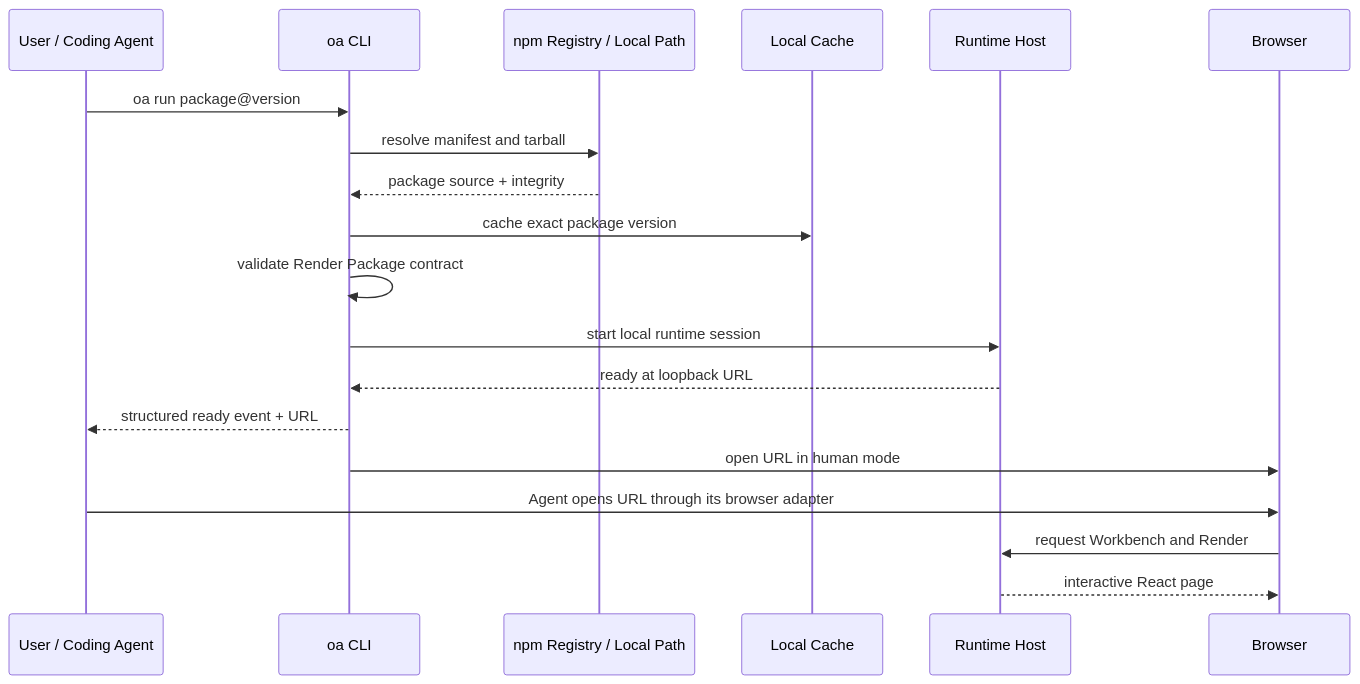
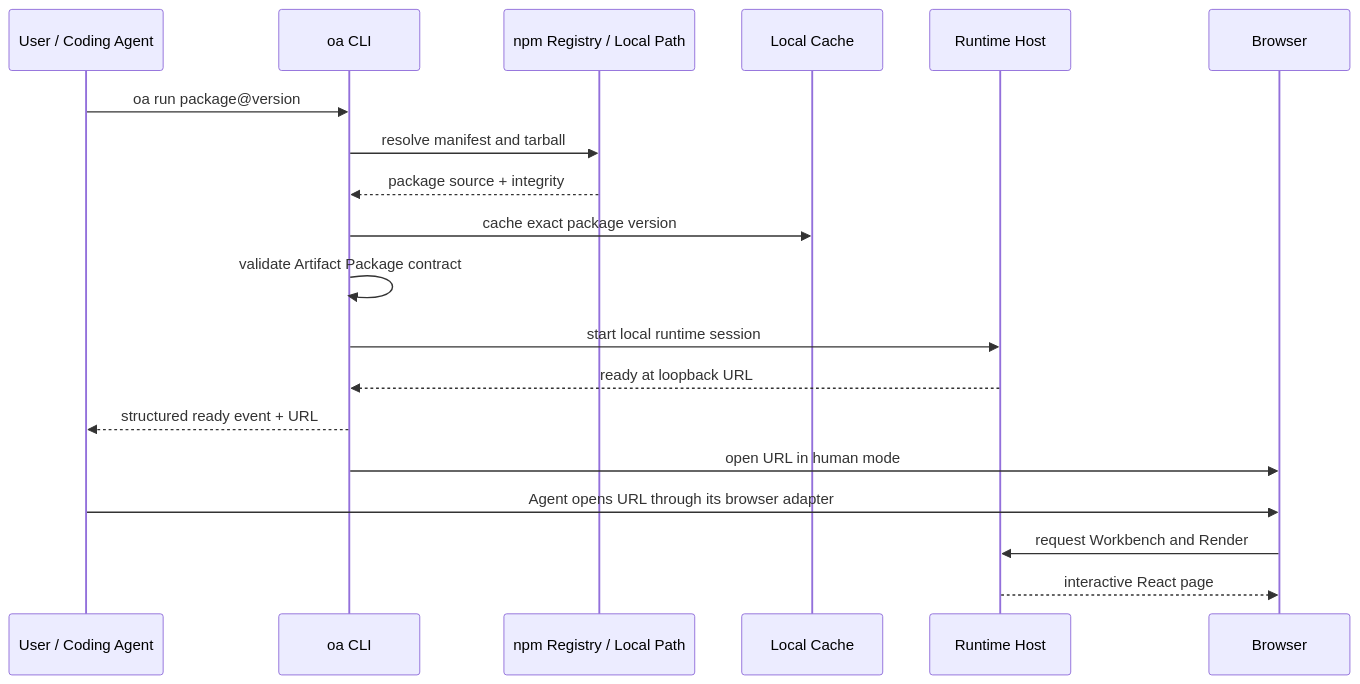
The first of 2 diagrams in docs/product.md (MivoAI/open-artifacts), drawn with Mermaid before and after one commit. The commit also changed other lines of this file and 43 other files, not shown here.

Commit message:
refactor: adopt Artifact Package vocabulary (#2)

````diff
--- a/docs/product.md
+++ b/docs/product.md
@@ -47,22 +47,22 @@
 ```mermaid
 sequenceDiagram
     participant A as User / Coding Agent
     participant CLI as oa CLI
     participant R as npm Registry / Local Path
     participant C as Local Cache
     participant H as Runtime Host
     participant B as Browser
 
     A->>CLI: oa run package@version
     CLI->>R: resolve manifest and tarball
     R-->>CLI: package source + integrity
     CLI->>C: cache exact package version
-    CLI->>CLI: validate Render Package contract
+    CLI->>CLI: validate Artifact Package contract
     CLI->>H: start local runtime session
     H-->>CLI: ready at loopback URL
     CLI-->>A: structured ready event + URL
     CLI->>B: open URL in human mode
     A->>B: Agent opens URL through its browser adapter
     B->>H: request Workbench and Render
     H-->>B: interactive React page
 ```
````
